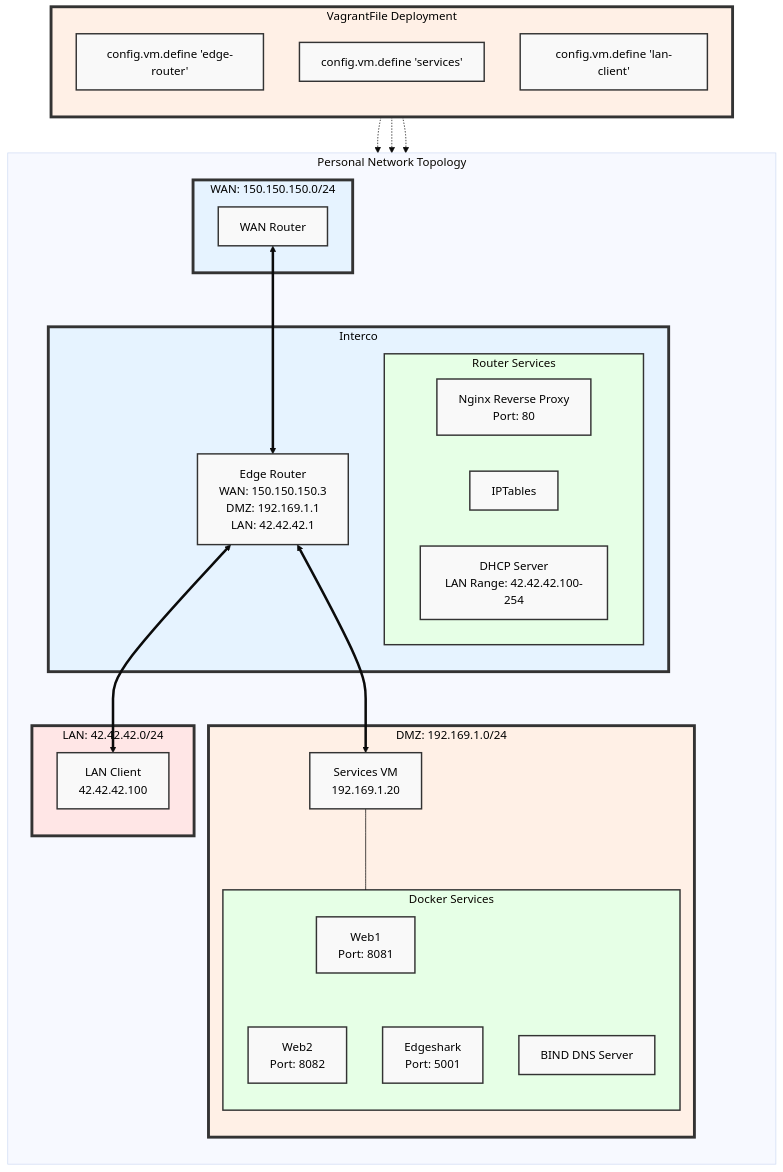
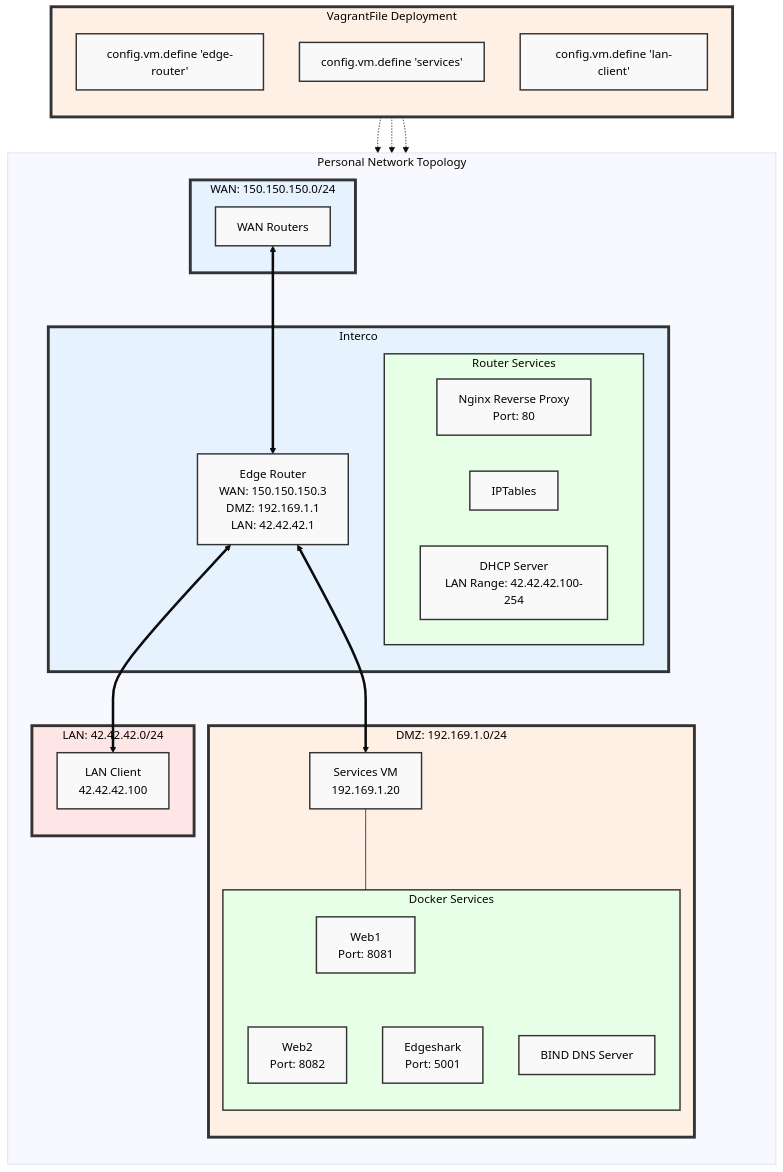
The diagram in README.md (P4C-M4N/projet_reseau), drawn with Mermaid (base theme) before and after one commit.

````diff
--- a/README.md
+++ b/README.md
@@ -41,61 +41,61 @@
 ```mermaid
 graph TB
     subgraph VagrantFile[VagrantFile Deployment]
         direction TB
         style VagrantFile fill:#fff0e6,stroke:#333,stroke-width:4px
         VF1["config.vm.define 'edge-router'"]
         VF2["config.vm.define 'services'"]
         VF3["config.vm.define 'lan-client'"]
     end
 
     subgraph PersonalNetwork[Personal Network Topology]
         direction TB
         subgraph WAN[WAN: 150.150.150.0/24]
             style WAN fill:#e6f3ff,stroke:#333,stroke-width:4px
-            WANRouter[WAN Router]
+            WANRouter[WAN Routers]
         end
 
         subgraph Interco[Interco]
             style Interco fill:#e6f3ff,stroke:#333,stroke-width:4px
             EdgeRouter[Edge Router<br>WAN: 150.150.150.3<br>DMZ: 192.169.1.1<br>LAN: 42.42.42.1]
             subgraph RouterServices[Router Services]
                 style RouterServices fill:#e6ffe6,stroke:#333,stroke-width:2px
                 NginxProxy["Nginx Reverse Proxy<br>Port: 80"]
                 IPTables["IPTables"]
                 DHCP["DHCP Server<br>LAN Range: 42.42.42.100-254"]
             end
         end
 
         subgraph DMZ[DMZ: 192.169.1.0/24]
             style DMZ fill:#fff0e6,stroke:#333,stroke-width:4px
             Services[Services VM<br>192.169.1.20]
             subgraph DockerServices[Docker Services]
                 style DockerServices fill:#e6ffe6,stroke:#333,stroke-width:2px
                 Web1["Web1<br>Port: 8081"]
                 Web2["Web2<br>Port: 8082"]
                 Edgeshark["Edgeshark<br>Port: 5001"]
                 DNS["BIND DNS Server"]
             end
         end
 
         subgraph LAN[LAN: 42.42.42.0/24]
             style LAN fill:#ffe6e6,stroke:#333,stroke-width:4px
             Client[LAN Client<br>42.42.42.100]
         end
     end
 
     WANRouter <==> EdgeRouter
     EdgeRouter <==> Client
     EdgeRouter <==> Services
     Services --- DockerServices
     DockerServices --- Web1 & Web2 & Edgeshark & DNS
     VF1 -.-> EdgeRouter
     VF2 -.-> Services
     VF3 -.-> Client
 
     classDef default fill:#f9f9f9,stroke:#333,stroke-width:2px,color:black;
     classDef vagrantFile fill:#fff0e6,stroke:#333,stroke-width:4px,color:black;
     
     class DMZ,LAN,WAN default;
     class VagrantFile,Interco default;
 ```
````
